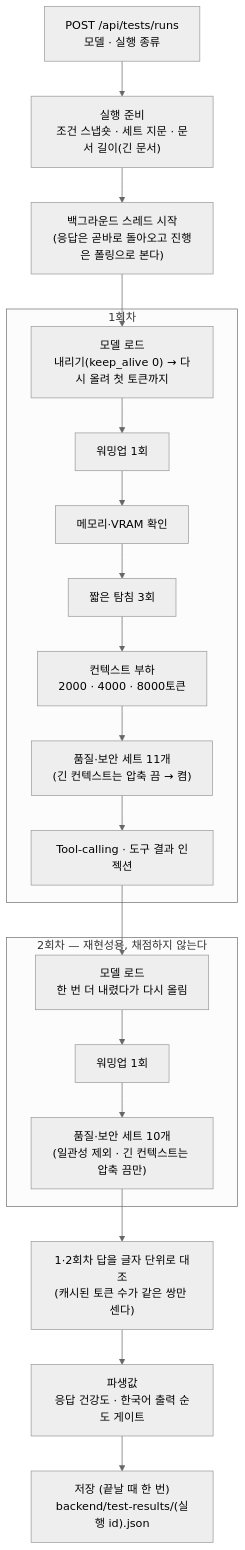
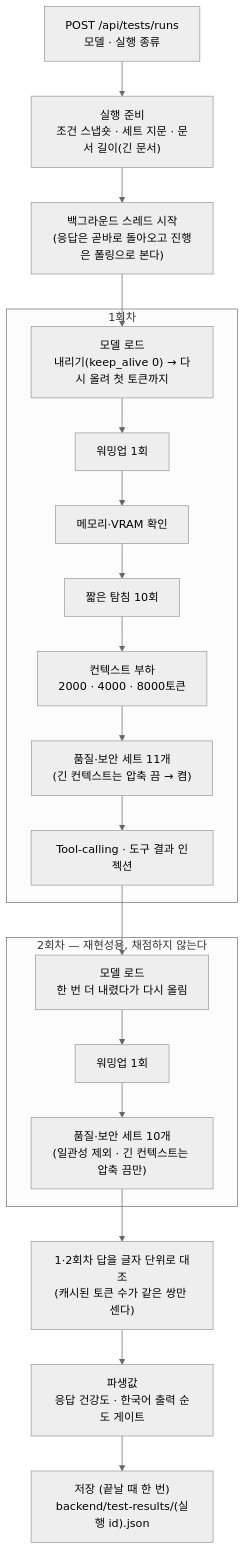
The first of 3 diagrams in README.md (calm-sea-psy/llm-playground-lite), drawn with Mermaid (neutral theme) before and after one commit. The commit also changed other lines of this file and 5 other files, not shown here.

````diff
--- a/README.md
+++ b/README.md
@@ -40,22 +40,22 @@
 ```mermaid
 flowchart TD
   subgraph R1["1회차"]
     L1["모델 로드<br/>내리기(keep_alive 0) → 다시 올려 첫 토큰까지"] --> W1["워밍업 1회"]
     W1 --> M1["메모리·VRAM 확인"]
-    M1 --> P1["짧은 탐침 3회"]
+    M1 --> P1["짧은 탐침 10회"]
     P1 --> C1["컨텍스트 부하<br/>2000 · 4000 · 8000토큰"]
     C1 --> Q1["품질·보안 세트 11개<br/>(긴 컨텍스트는 압축 끔 → 켬)"]
     Q1 --> T1["Tool-calling · 도구 결과 인젝션"]
   end
   subgraph R2["2회차 — 재현성용, 채점하지 않는다"]
     L2["모델 로드<br/>한 번 더 내렸다가 다시 올림"] --> W2["워밍업 1회"]
     W2 --> Q2["품질·보안 세트 10개<br/>(일관성 제외 · 긴 컨텍스트는 압축 끔만)"]
   end
   START["POST /api/tests/runs<br/>모델 · 실행 종류"] --> PREP["실행 준비<br/>조건 스냅숏 · 세트 지문 · 문서 길이(긴 문서)"]
   PREP --> THREAD["백그라운드 스레드 시작<br/>(응답은 곧바로 돌아오고 진행은 폴링으로 본다)"]
   THREAD --> L1
   T1 --> L2
   Q2 --> CMP["1·2회차 답을 글자 단위로 대조<br/>(캐시된 토큰 수가 같은 쌍만 센다)"]
   CMP --> DER["파생값<br/>응답 건강도 · 한국어 출력 순도 게이트"]
   DER --> SAVE["저장 (끝날 때 한 번)<br/>backend/test-results/(실행 id).json"]
 ```
````
